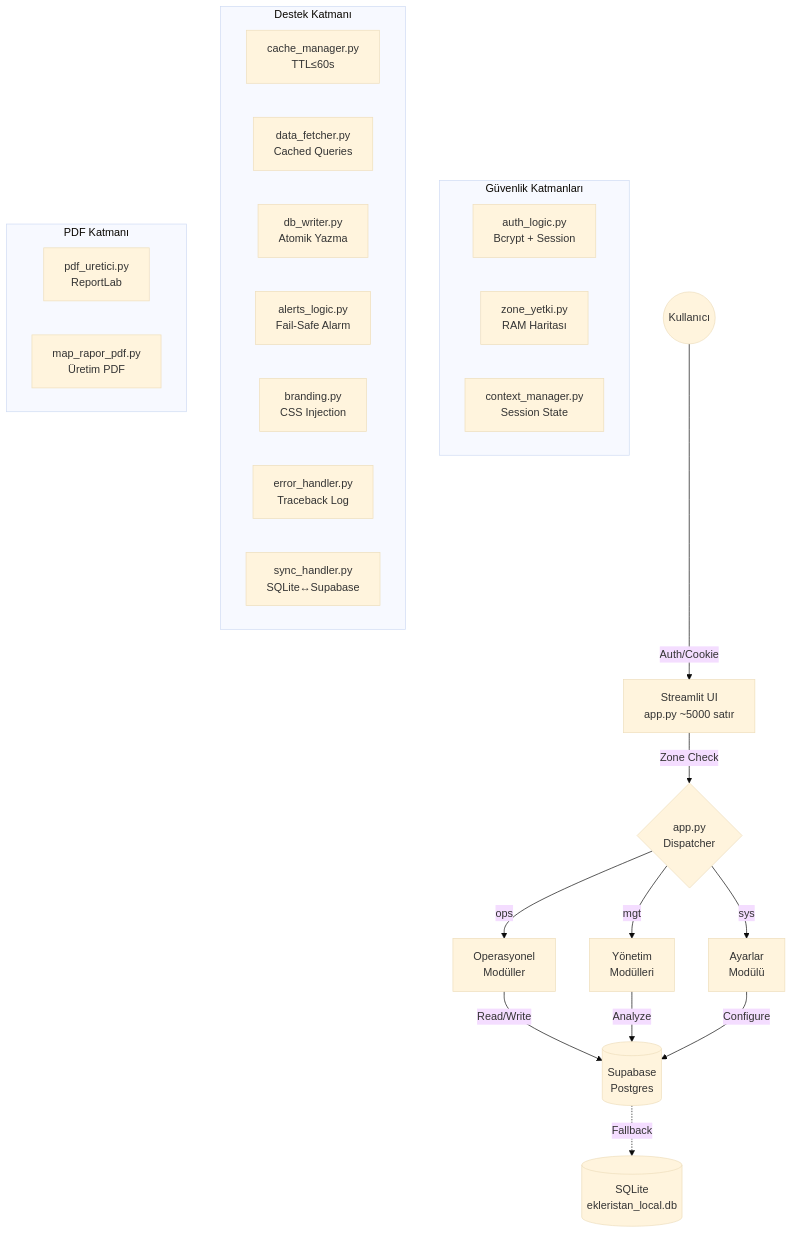
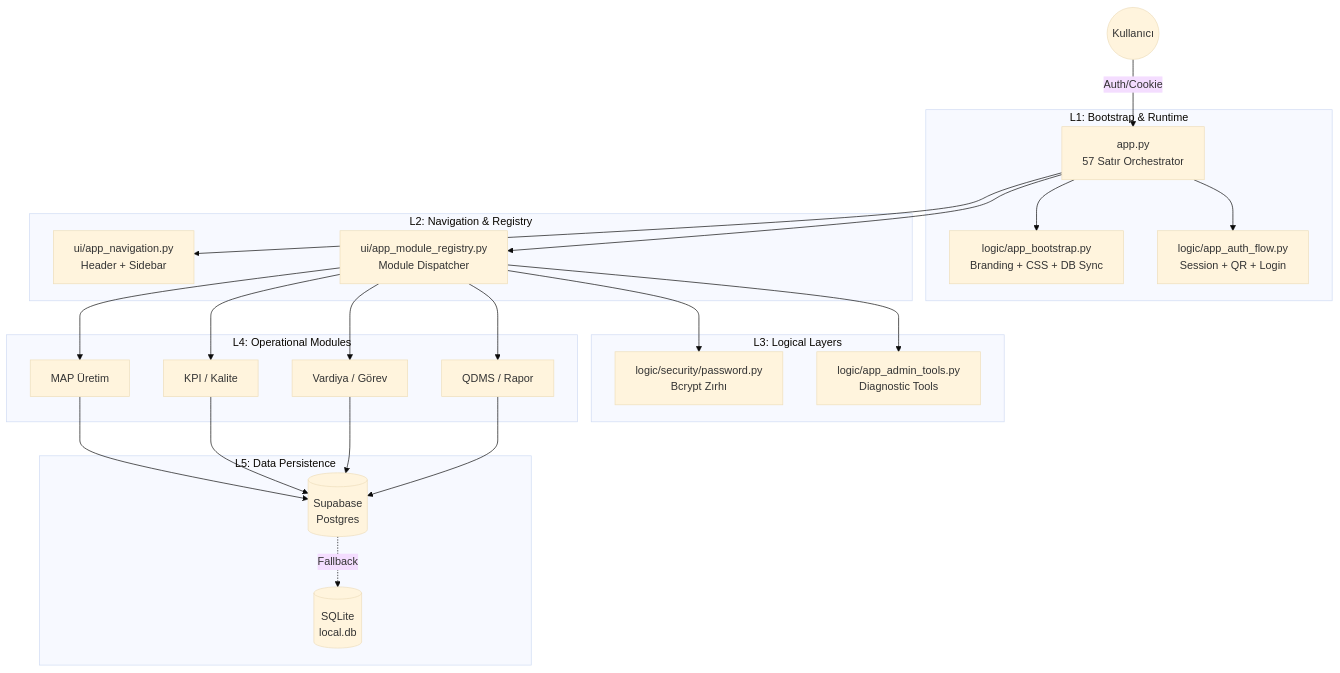
Before and after one commit to emrecavdar83/EKLER-STAN_QMS: the first of 4 diagrams in .antigravity/musbet/hafiza/sistem_haritasi.md, drawn with Mermaid (base theme). The commit also changed other lines of this file and 13 other files, not shown here.

````diff
--- a/.antigravity/musbet/hafiza/sistem_haritasi.md
+++ b/.antigravity/musbet/hafiza/sistem_haritasi.md
@@ -13,34 +13,31 @@
 ```mermaid
 graph TD
-    User((Kullanıcı)) -->|Auth/Cookie| UI[Streamlit UI\napp.py ~5000 satır]
-    UI -->|Zone Check| Dispatcher{app.py\nDispatcher}
-    Dispatcher -->|sys| Settings[Ayarlar\nModülü]
-    Dispatcher -->|ops| Operations[Operasyonel\nModüller]
-    Dispatcher -->|mgt| Management[Yönetim\nModülleri]
-
-    Operations -->|Read/Write| DB[(Supabase\nPostgres)]
-    Management -->|Analyze| DB
-    Settings -->|Configure| DB
-    DB -.->|Fallback| LDB[(SQLite\nekleristan_local.db)]
-
-    subgraph "Güvenlik Katmanları"
-        AuthL[auth_logic.py\nBcrypt + Session]
-        ZoneY[zone_yetki.py\nRAM Haritası]
-        CM[context_manager.py\nSession State]
+    User((Kullanıcı)) -->|Auth/Cookie| APP[app.py\n57 Satır Orchestrator]
+    
+    subgraph "L1: Bootstrap & Runtime"
+        APP --> Boot[logic/app_bootstrap.py\nBranding + CSS + DB Sync]
+        APP --> AuthF[logic/app_auth_flow.py\nSession + QR + Login]
     end
 
-    subgraph "Destek Katmanı"
-        Cache[cache_manager.py\nTTL≤60s]
-        Fetch[data_fetcher.py\nCached Queries]
-        Writer[db_writer.py\nAtomik Yazma]
-        Alerts[alerts_logic.py\nFail-Safe Alarm]
-        Brand[branding.py\nCSS Injection]
-        Err[error_handler.py\nTraceback Log]
-        Sync[sync_handler.py\nSQLite↔Supabase]
+    subgraph "L2: Navigation & Registry"
+        APP --> Nav[ui/app_navigation.py\nHeader + Sidebar]
+        APP --> Reg[ui/app_module_registry.py\nModule Dispatcher]
     end
 
-    subgraph "PDF Katmanı"
-        PDF[pdf_uretici.py\nReportLab]
-        MapPDF[map_rapor_pdf.py\nÜretim PDF]
+    subgraph "L3: Logical Layers"
+        Reg --> Sec[logic/security/password.py\nBcrypt Zırhı]
+        Reg --> Admin[logic/app_admin_tools.py\nDiagnostic Tools]
+    end
+
+    subgraph "L4: Operational Modules"
+        Reg --> Mod1[MAP Üretim]
+        Reg --> Mod2[KPI / Kalite]
+        Reg --> Mod3[Vardiya / Görev]
+        Reg --> Mod4[QDMS / Rapor]
+    end
+
+    subgraph "L5: Data Persistence"
+        Mod1 & Mod2 & Mod3 & Mod4 --> DB[(Supabase\nPostgres)]
+        DB -.->|Fallback| LDB[(SQLite\nlocal.db)]
     end
 ```
````
